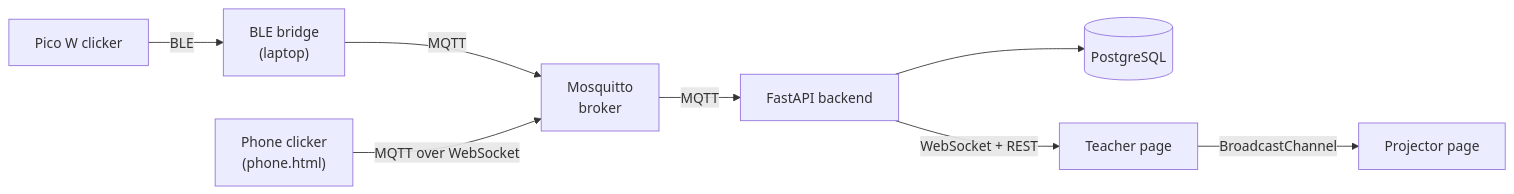
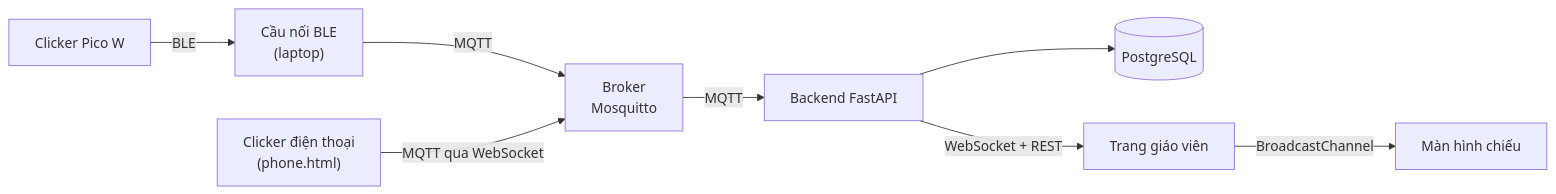
The diagram in README.md (DNAK-dnak/IoT2026-Audience-Response-System), drawn with Mermaid before and after one commit. The commit also changed other lines of this file, not shown here.

````diff
--- a/README.md
+++ b/README.md
@@ -12,10 +20,10 @@
 ```mermaid
 flowchart LR
-    P["Pico W clicker"] -- BLE --> B["BLE bridge<br/>(laptop)"]
-    B -- MQTT --> M["Mosquitto<br/>broker"]
-    PH["Phone clicker<br/>(phone.html)"] -- "MQTT over WebSocket" --> M
-    M -- MQTT --> API["FastAPI backend"]
+    P["Clicker Pico W"] -- BLE --> B["Cầu nối BLE<br/>(laptop)"]
+    B -- MQTT --> M["Broker<br/>Mosquitto"]
+    PH["Clicker điện thoại<br/>(phone.html)"] -- "MQTT qua WebSocket" --> M
+    M -- MQTT --> API["Backend FastAPI"]
     API --> DB[("PostgreSQL")]
-    API -- "WebSocket + REST" --> T["Teacher page"]
-    T -- BroadcastChannel --> PR["Projector page"]
+    API -- "WebSocket + REST" --> T["Trang giáo viên"]
+    T -- BroadcastChannel --> PR["Màn hình chiếu"]
 ```
````
